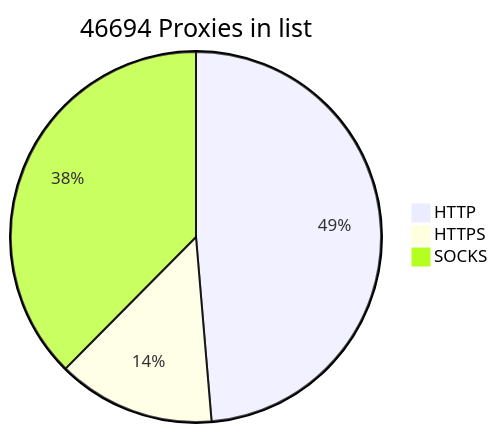
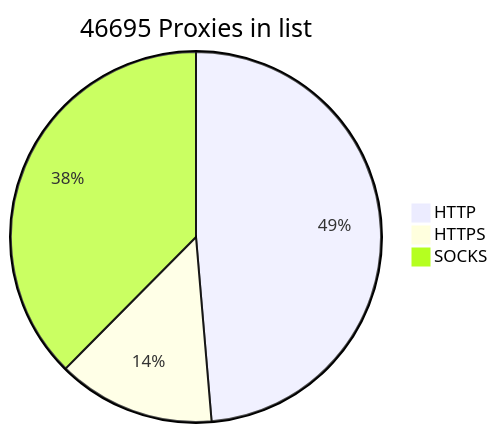
Before and after one commit to BlackSnowDot/proxylist-update-every-minute: the diagram in README.md, drawn with Mermaid.

````diff
--- a/README.md
+++ b/README.md
@@ -2,6 +2,6 @@
 ```mermaid
-pie title 46694 Proxies in list
+pie title 46695 Proxies in list
     "HTTP" : 25351
     "HTTPS": 7177
-    "SOCKS" : 19574
+    "SOCKS" : 19575
 ```
````
